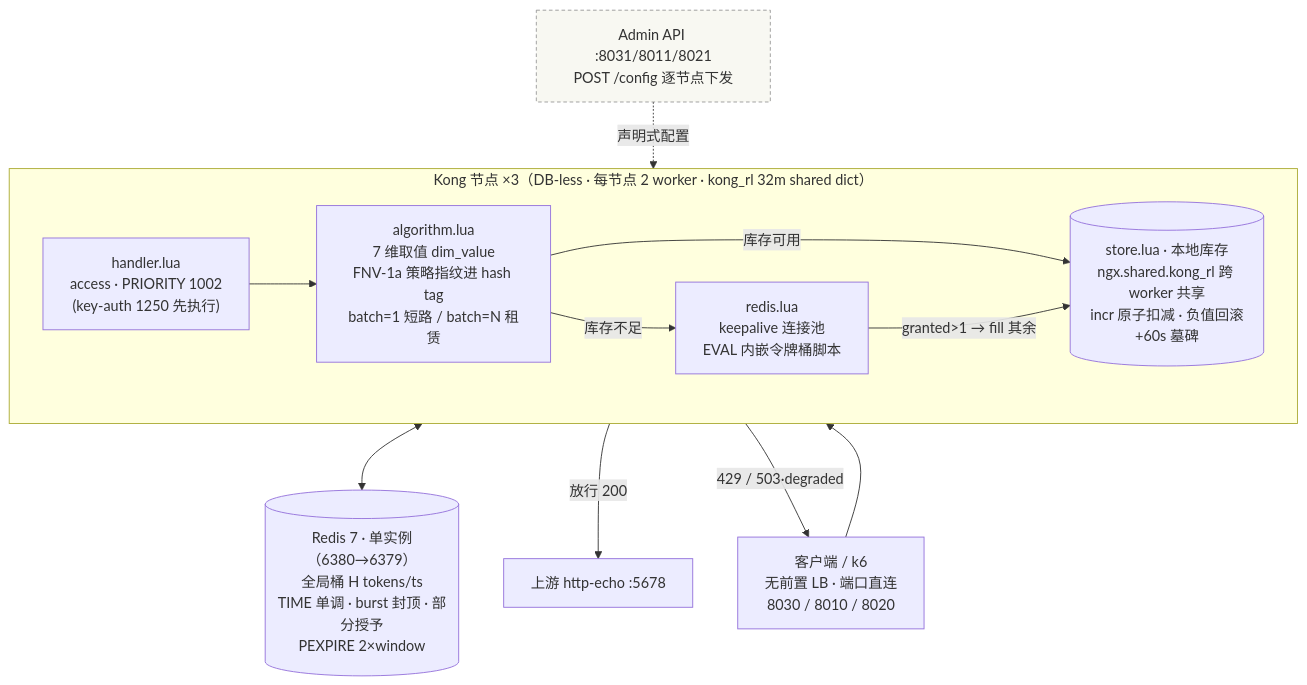
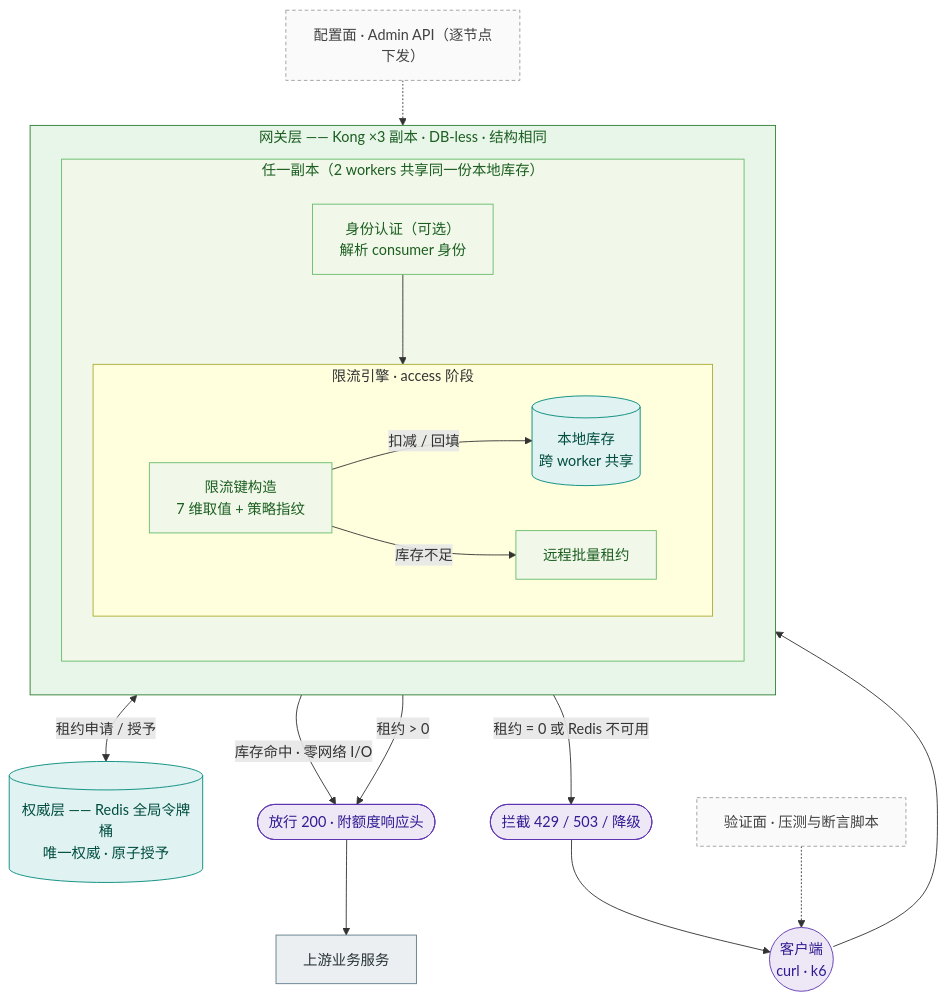
The first of 3 diagrams in docs/architecture.md (EffortsToTheBald/kong-ratelimit), drawn with Mermaid before and after one commit. The commit also changed other lines of this file, not shown here.

Commit message:
docs: 架构图重构——概念化节点(无文件名)+模块对照注释表；新增已解决/未解决/生产边界三区图与明细表

````diff
--- a/docs/architecture.md
+++ b/docs/architecture.md
@@ -8,29 +23,53 @@
 ```mermaid
 flowchart TB
-    C["客户端 / k6<br/>无前置 LB · 端口直连<br/>8030 / 8010 / 8020"]
+    C(("客户端<br/>curl · k6"))
 
-    subgraph NODE["Kong 节点 ×3（DB-less · 每节点 2 worker · kong_rl 32m shared dict）"]
-        direction LR
-        H["handler.lua<br/>access · PRIORITY 1002<br/>(key-auth 1250 先执行)"]
-        ALGO["algorithm.lua<br/>7 维取值 dim_value<br/>FNV-1a 策略指纹进 hash tag<br/>batch=1 短路 / batch=N 租赁"]
-        STORE[("store.lua · 本地库存<br/>ngx.shared.kong_rl 跨 worker 共享<br/>incr 原子扣减 · 负值回滚+60s 墓碑")]
-        RLUA["redis.lua<br/>keepalive 连接池<br/>EVAL 内嵌令牌桶脚本"]
-        H --> ALGO
-        ALGO -->|"库存可用"| STORE
-        ALGO -->|"库存不足"| RLUA
-        RLUA -->|"granted>1 → fill 其余"| STORE
+    subgraph GW["网关层 —— Kong ×3 副本 · DB-less · 结构相同"]
+        direction TB
+        subgraph REPL["任一副本（2 workers 共享同一份本地库存）"]
+            direction TB
+            AUTH["身份认证（可选）<br/>解析 consumer 身份"]
+            subgraph ENGINE["限流引擎 · access 阶段"]
+                direction LR
+                KEY["限流键构造<br/>7 维取值 + 策略指纹"]
+                POOL[("本地库存<br/>跨 worker 共享")]
+                LEASE["远程批量租约"]
+            end
+            AUTH --> KEY
+            KEY -->|"扣减 / 回填"| POOL
+            KEY -->|"库存不足"| LEASE
+        end
     end
 
-    REDIS[("Redis 7 · 单实例（6380→6379）<br/>全局桶 H tokens/ts<br/>TIME 单调 · burst 封顶 · 部分授予<br/>PEXPIRE 2×window")]
-    UP["上游 http-echo :5678"]
-    ADMIN["Admin API :8031/8011/8021<br/>POST /config 逐节点下发"]
+    REDIS[("权威层 —— Redis 全局令牌桶<br/>唯一权威 · 原子授予")]
+    PASS(["放行 200 · 附额度响应头"])
+    BLOCK(["拦截 429 / 503 / 降级"])
+    UP["上游业务服务"]
 
-    C --> NODE
-    RLUA <--> REDIS
-    NODE -->|"放行 200"| UP
-    NODE -->|"429 / 503·degraded"| C
-    ADMIN -.声明式配置.-> NODE
+    POOL -->|"库存命中 · 零网络 I/O"| PASS
+    LEASE <-->|"租约申请 / 授予"| REDIS
+    LEASE -->|"租约 > 0"| PASS
+    LEASE -->|"租约 = 0 或 Redis 不可用"| BLOCK
+    PASS --> UP
+    BLOCK --> C
+    C --> AUTH
 
-    classDef edge fill:#f8f8f2,stroke:#999,stroke-dasharray: 4 3;
-    class ADMIN edge;
+    ADMIN["配置面 · Admin API（逐节点下发）"]
+    HARNESS["验证面 · 压测与断言脚本"]
+    ADMIN -.-> GW
+    HARNESS -.-> C
+
+    classDef client fill:#ede7f6,stroke:#5e35b1,color:#311b92;
+    classDef gw fill:#e8f5e9,stroke:#2e7d32,color:#1b5e20;
+    classDef gwsub fill:#f1f8e9,stroke:#66bb6a,color:#1b5e20;
+    classDef store fill:#e0f2f1,stroke:#00897b,color:#004d40;
+    classDef authz fill:#fff3e0,stroke:#ef6c00,color:#e65100;
+    classDef out fill:#eceff1,stroke:#607d8b,color:#263238;
+    classDef admin fill:#fafafa,stroke:#9e9e9e,stroke-dasharray:4 3,color:#424242;
+    class C,PASS,BLOCK client;
+    class GW gw;
+    class REPL,AUTH,KEY,LEASE gwsub;
+    class POOL,REDIS store;
+    class UP out;
+    class ADMIN,HARNESS admin;
 ```
````
